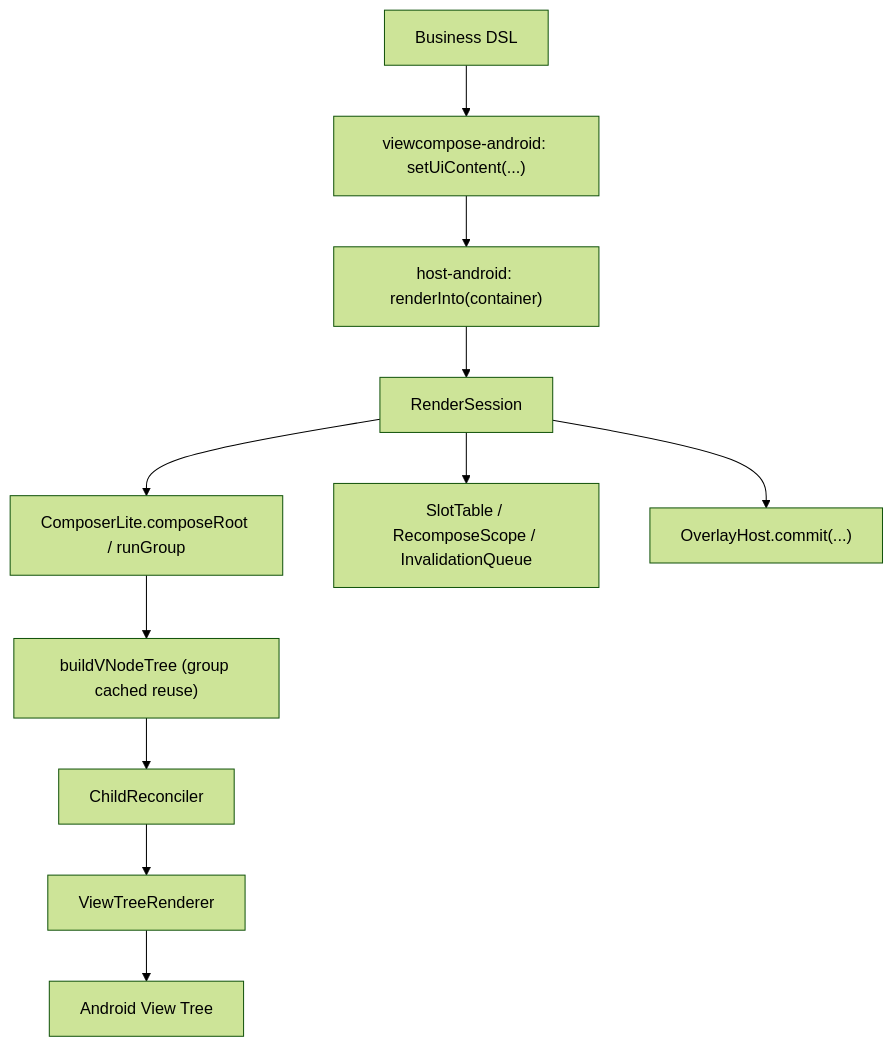
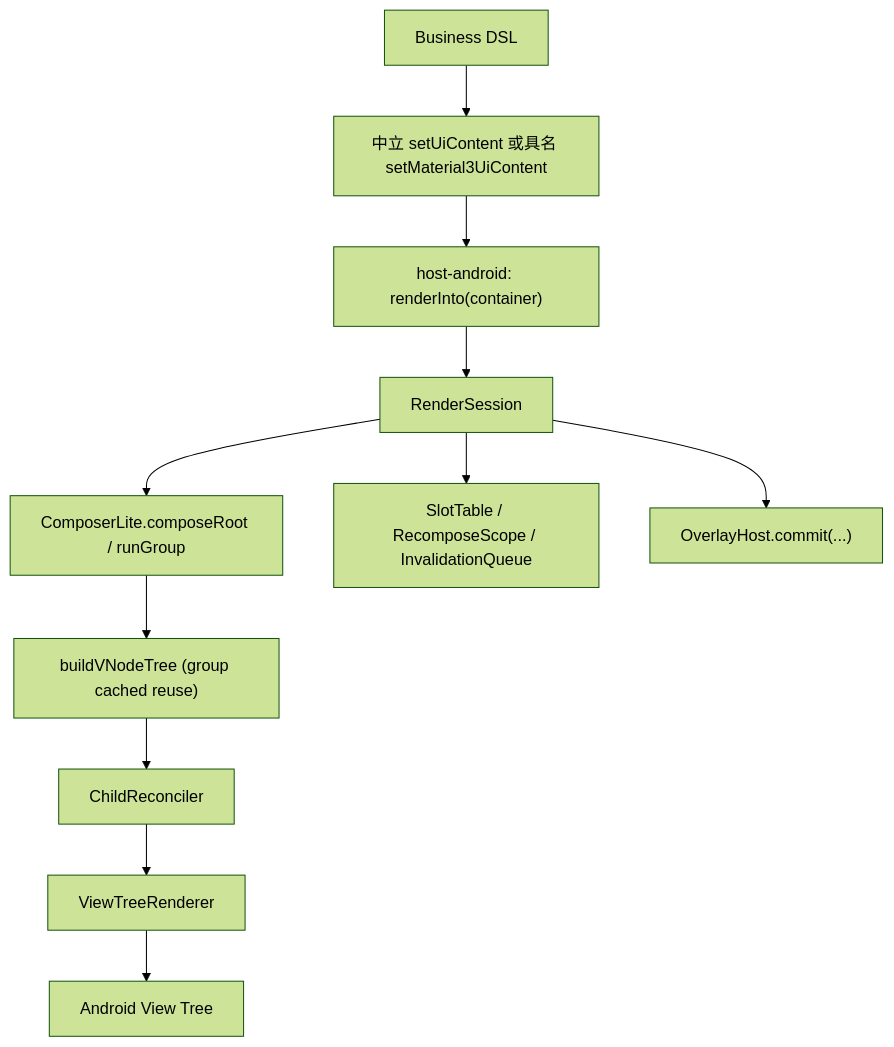
One commit to ViewCompose/ViewCompose changed the diagram in website/i18n/zh-CN/docusaurus-plugin-content-docs/current/architecture/overview.md. Above: the diagram before and after it, drawn with Mermaid (forest theme). The commit also changed other lines of this file and 281 other files, not shown here.

````diff
--- a/website/i18n/zh-CN/docusaurus-plugin-content-docs/current/architecture/overview.md
+++ b/website/i18n/zh-CN/docusaurus-plugin-content-docs/current/architecture/overview.md
@@ -140,13 +150,13 @@
 ```mermaid
 flowchart TD
-    A["Business DSL"] --> B["viewcompose-android: setUiContent(...)"]
+    A["Business DSL"] --> B["中立 setUiContent 或具名 setMaterial3UiContent"]
     B --> C["host-android: renderInto(container)"]
     C --> D["RenderSession"]
     D --> E["ComposerLite.composeRoot / runGroup"]
     E --> F["buildVNodeTree (group cached reuse)"]
     F --> G["ChildReconciler"]
     G --> H["ViewTreeRenderer"]
     H --> I["Android View Tree"]
     D --> J["SlotTable / RecomposeScope / InvalidationQueue"]
     D --> K["OverlayHost.commit(...)"]
 ```
````
